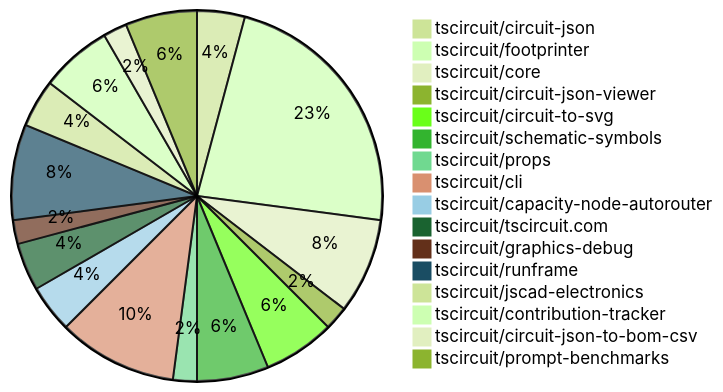
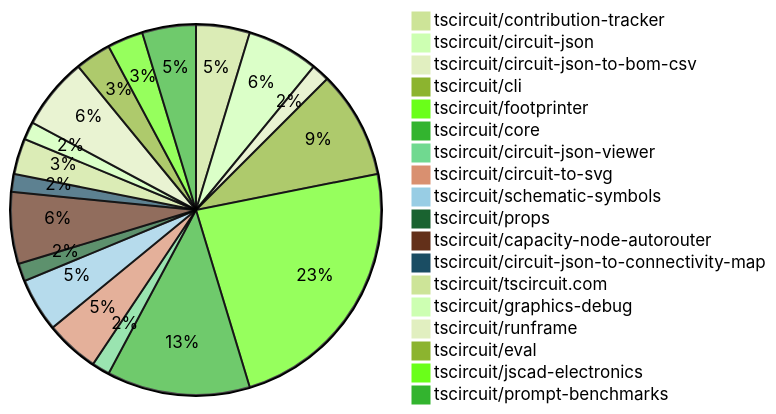
The diagram in README.md (tscircuit/contribution-tracker), drawn with Mermaid (forest theme) before and after one commit. The commit also changed other lines of this file and 2 other files, not shown here.

Commit message:
Update contribution overviews

````diff
--- a/README.md
+++ b/README.md
@@ -24,19 +24,21 @@
 ```mermaid
 pie
-    "tscircuit/circuit-json" : 2
-    "tscircuit/footprinter" : 11
-    "tscircuit/core" : 4
+    "tscircuit/contribution-tracker" : 3
+    "tscircuit/circuit-json" : 4
+    "tscircuit/circuit-json-to-bom-csv" : 1
+    "tscircuit/cli" : 6
+    "tscircuit/footprinter" : 15
+    "tscircuit/core" : 8
     "tscircuit/circuit-json-viewer" : 1
     "tscircuit/circuit-to-svg" : 3
     "tscircuit/schematic-symbols" : 3
     "tscircuit/props" : 1
-    "tscircuit/cli" : 5
-    "tscircuit/capacity-node-autorouter" : 2
+    "tscircuit/capacity-node-autorouter" : 4
+    "tscircuit/circuit-json-to-connectivity-map" : 1
     "tscircuit/tscircuit.com" : 2
     "tscircuit/graphics-debug" : 1
     "tscircuit/runframe" : 4
+    "tscircuit/eval" : 2
     "tscircuit/jscad-electronics" : 2
-    "tscircuit/contribution-tracker" : 3
-    "tscircuit/circuit-json-to-bom-csv" : 1
     "tscircuit/prompt-benchmarks" : 3
 ```
````
